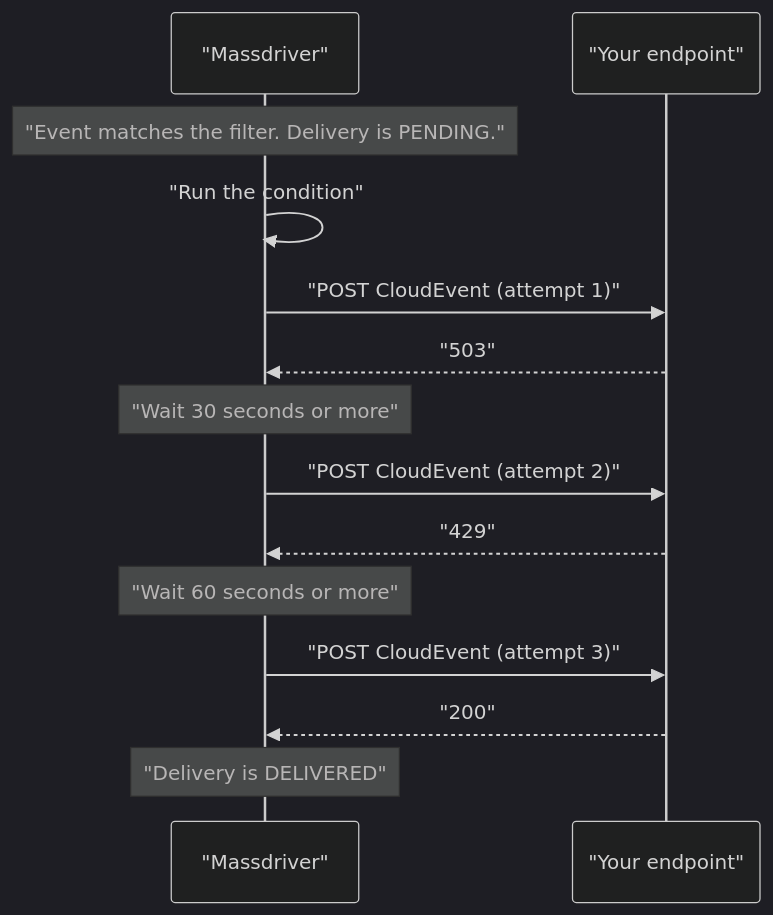
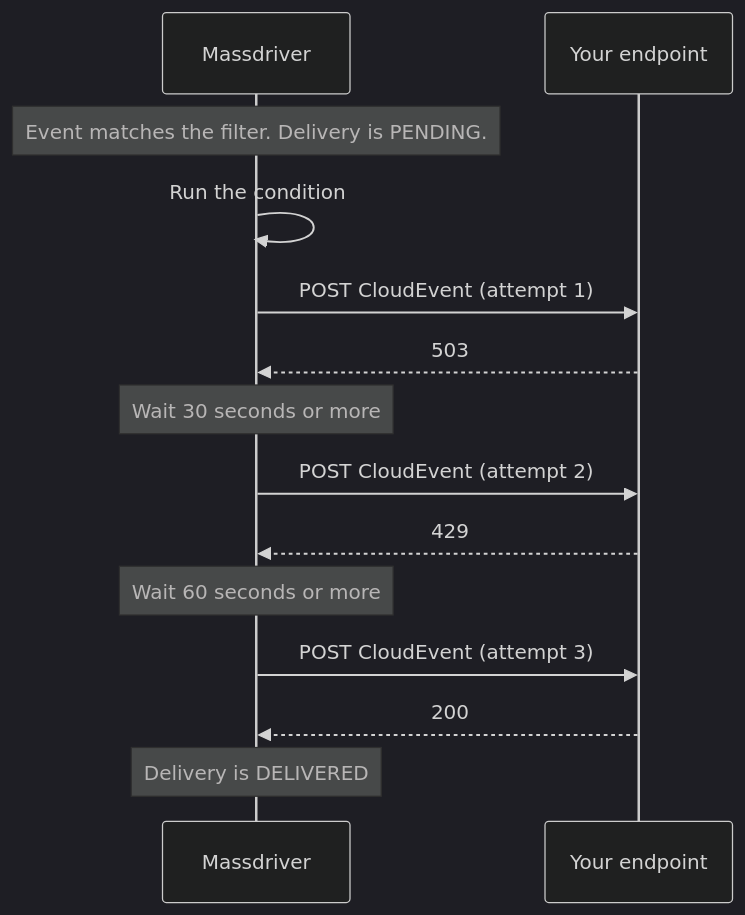
Before and after one commit to massdriver-cloud/docs: the first of 2 diagrams in docs/platform-operations/03-event-destinations.md, drawn with Mermaid (dark theme). The commit also changed other lines of this file, not shown here.

Commit message:
Unquote literal Mermaid labels and use data.actor and data.entity

````diff
--- a/docs/platform-operations/03-event-destinations.md
+++ b/docs/platform-operations/03-event-destinations.md
@@ -23,16 +23,16 @@
 ```mermaid
 sequenceDiagram
-    participant MD as "Massdriver"
-    participant EP as "Your endpoint"
-    Note over MD: "Event matches the filter. Delivery is PENDING."
-    MD->>MD: "Run the condition"
-    MD->>EP: "POST CloudEvent (attempt 1)"
-    EP-->>MD: "503"
-    Note over MD: "Wait 30 seconds or more"
-    MD->>EP: "POST CloudEvent (attempt 2)"
-    EP-->>MD: "429"
-    Note over MD: "Wait 60 seconds or more"
-    MD->>EP: "POST CloudEvent (attempt 3)"
-    EP-->>MD: "200"
-    Note over MD: "Delivery is DELIVERED"
+    participant MD as Massdriver
+    participant EP as Your endpoint
+    Note over MD: Event matches the filter. Delivery is PENDING.
+    MD->>MD: Run the condition
+    MD->>EP: POST CloudEvent (attempt 1)
+    EP-->>MD: 503
+    Note over MD: Wait 30 seconds or more
+    MD->>EP: POST CloudEvent (attempt 2)
+    EP-->>MD: 429
+    Note over MD: Wait 60 seconds or more
+    MD->>EP: POST CloudEvent (attempt 3)
+    EP-->>MD: 200
+    Note over MD: Delivery is DELIVERED
 ```
````
